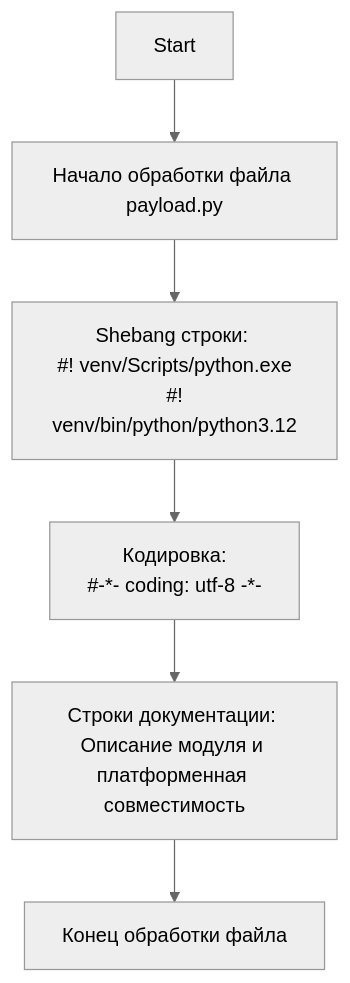
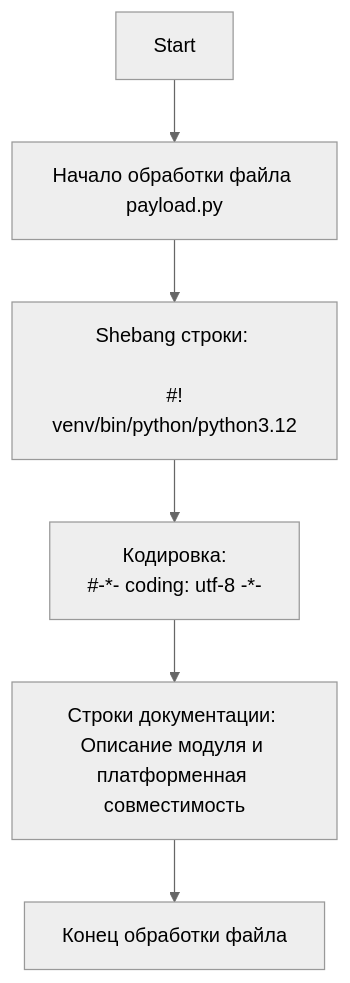
The first of 2 diagrams in docs/gemini/ru/explainer/src/gui/openai_trаigner/payload.py.md (hypo69/hypo), drawn with Mermaid (neutral theme) before and after one commit. The commit also changed 3610 other files, not shown here.

````diff
--- a/docs/gemini/ru/explainer/src/gui/openai_trаigner/payload.py.md
+++ b/docs/gemini/ru/explainer/src/gui/openai_trаigner/payload.py.md
@@ -13,8 +13,8 @@
 ```mermaid
 flowchart TD
     Start --> Header[Начало обработки файла payload.py]
-    Header --> Shebang[Shebang строки: <br> #! venv/Scripts/python.exe <br> #! venv/bin/python/python3.12]
+    Header --> Shebang[Shebang строки: <br>  <br> #! venv/bin/python/python3.12]
     Shebang --> Encoding[Кодировка: <br> #-*- coding: utf-8 -*-]
     Encoding --> Docstrings[Строки документации: <br>Описание модуля и платформенная совместимость]
     Docstrings --> End[Конец обработки файла]
 ```
````
